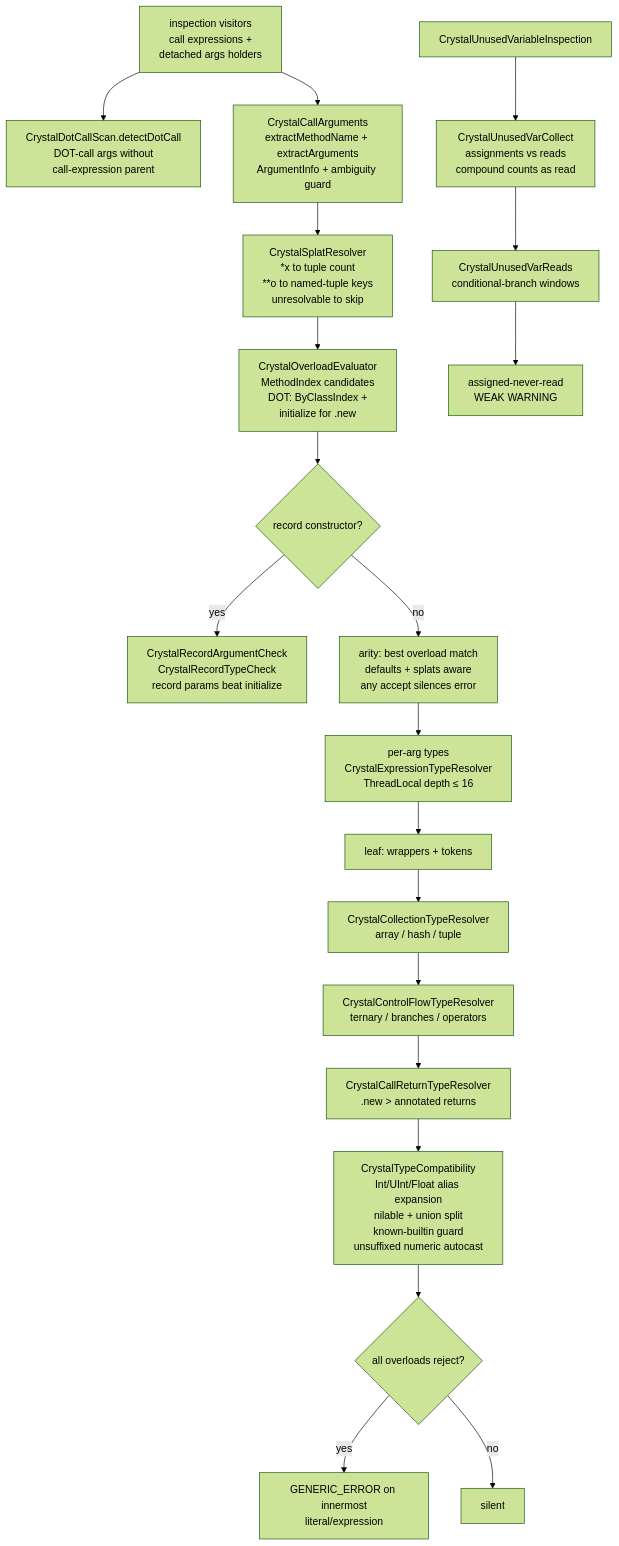
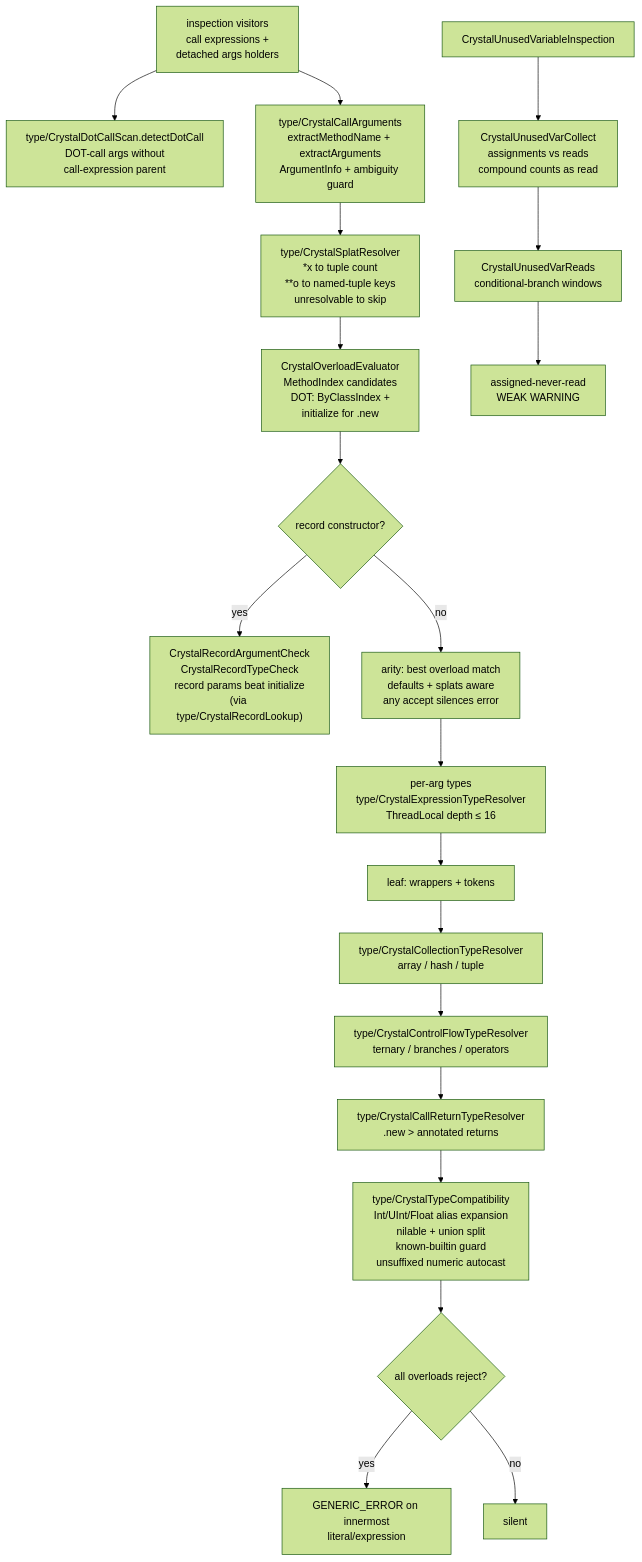
One commit to unurgunite/fast-intellij-crystal changed the diagram in docs/diagrams/inspections.mmd. Above: the diagram before and after it, drawn with Mermaid (forest theme). The commit also changed 12 other files, not shown here.

Commit message:
[1.0.0] Update README, ARCHITECTURE and diagrams for new package layout

```diff
--- a/docs/diagrams/inspections.mmd
+++ b/docs/diagrams/inspections.mmd
@@ -1,25 +1,25 @@
 flowchart TB
     Visitor["inspection visitors\ncall expressions +\ndetached args holders"]
-    Visitor --> DotScan["CrystalDotCallScan.detectDotCall\nDOT-call args without\ncall-expression parent"]
-    Visitor --> Shapes["CrystalCallArguments\nextractMethodName + extractArguments\nArgumentInfo + ambiguity guard"]
+    Visitor --> DotScan["type/CrystalDotCallScan.detectDotCall\nDOT-call args without\ncall-expression parent"]
+    Visitor --> Shapes["type/CrystalCallArguments\nextractMethodName + extractArguments\nArgumentInfo + ambiguity guard"]
 
-    Shapes --> Splat["CrystalSplatResolver\n*x to tuple count\n**o to named-tuple keys\nunresolvable to skip"]
+    Shapes --> Splat["type/CrystalSplatResolver\n*x to tuple count\n**o to named-tuple keys\nunresolvable to skip"]
     Splat --> Candidates["CrystalOverloadEvaluator\nMethodIndex candidates\nDOT: ByClassIndex +\ninitialize for .new"]
     Candidates --> RecordDivert{"record constructor?"}
-    RecordDivert -->|yes| RecordCheck["CrystalRecordArgumentCheck\nCrystalRecordTypeCheck\nrecord params beat initialize"]
+    RecordDivert -->|yes| RecordCheck["CrystalRecordArgumentCheck\nCrystalRecordTypeCheck\nrecord params beat initialize\n(via type/CrystalRecordLookup)"]
     RecordDivert -->|no| Arity["arity: best overload match\ndefaults + splats aware\nany accept silences error"]
 
-    Arity --> PerArg["per-arg types\nCrystalExpressionTypeResolver\nThreadLocal depth ≤ 16"]
+    Arity --> PerArg["per-arg types\ntype/CrystalExpressionTypeResolver\nThreadLocal depth ≤ 16"]
     PerArg --> Leaf["leaf: wrappers + tokens"]
-    Leaf --> Coll["CrystalCollectionTypeResolver\narray / hash / tuple"]
-    Coll --> Ctrl["CrystalControlFlowTypeResolver\nternary / branches / operators"]
-    Ctrl --> Calls["CrystalCallReturnTypeResolver\n.new > annotated returns"]
+    Leaf --> Coll["type/CrystalCollectionTypeResolver\narray / hash / tuple"]
+    Coll --> Ctrl["type/CrystalControlFlowTypeResolver\nternary / branches / operators"]
+    Ctrl --> Calls["type/CrystalCallReturnTypeResolver\n.new > annotated returns"]
 
-    Calls --> Compat["CrystalTypeCompatibility\nInt/UInt/Float alias expansion\nnilable + union split\nknown-builtin guard\nunsuffixed numeric autocast"]
+    Calls --> Compat["type/CrystalTypeCompatibility\nInt/UInt/Float alias expansion\nnilable + union split\nknown-builtin guard\nunsuffixed numeric autocast"]
     Compat --> Report{"all overloads reject?"}
     Report -->|yes| Error["GENERIC_ERROR on innermost\nliteral/expression"]
     Report -->|no| Silent["silent"]
 
     UnusedEntry["CrystalUnusedVariableInspection"] --> Collect["CrystalUnusedVarCollect\nassignments vs reads\ncompound counts as read"]
     Collect --> Reads["CrystalUnusedVarReads\nconditional-branch windows"]
     Reads --> Warn["assigned-never-read\nWEAK WARNING"]
```
